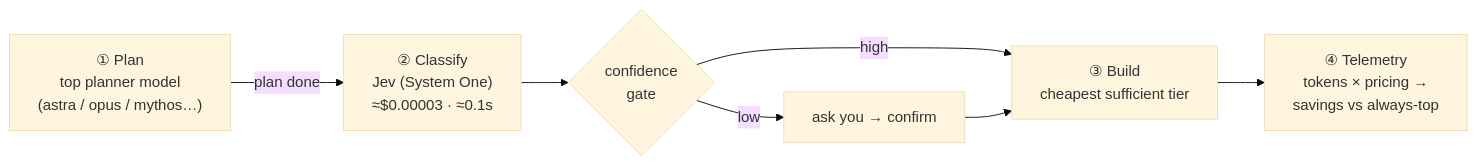
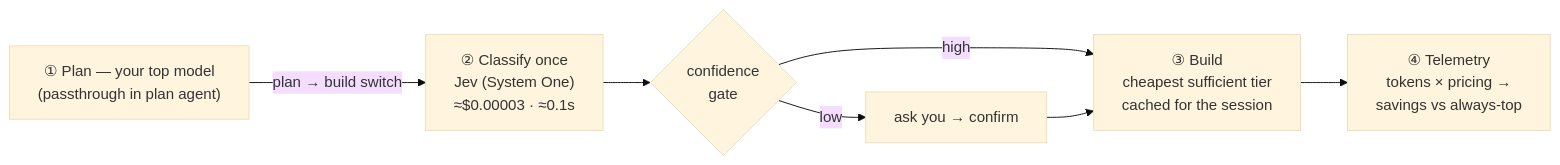
Before and after one commit to kunalkohli/smartLLMrouter: the diagram in README.md, drawn with Mermaid (base theme). The commit also changed other lines of this file and 1 other file, not shown here.

Commit message:
docs: update diagram + mermaid to the smartrouter design
The flow changed since the first diagram: one model pick (smartrouter/auto),
plan-agent passthrough on the configured top model, Jev classifies on the
plan->build switch (no slash command), decision cached per session.

````diff
--- a/README.md
+++ b/README.md
@@ -7,9 +7,9 @@
 ```mermaid
 flowchart LR
-    P["① Plan<br/>top planner model<br/>(astra / opus / mythos…)"] -->|"plan done"| J["② Classify<br/>Jev (System One)<br/>≈$0.00003 · ≈0.1s"]
+    P["① Plan — your top model<br/>(passthrough in plan agent)"] -->|"plan → build switch"| J["② Classify once<br/>Jev (System One)<br/>≈$0.00003 · ≈0.1s"]
     J --> C{"confidence<br/>gate"}
-    C -->|high| B["③ Build<br/>cheapest sufficient tier"]
+    C -->|high| B["③ Build<br/>cheapest sufficient tier<br/>cached for the session"]
     C -->|low| U["ask you → confirm"]
     U --> B
     B --> T["④ Telemetry<br/>tokens × pricing →<br/>savings vs always-top"]
 ```
````
